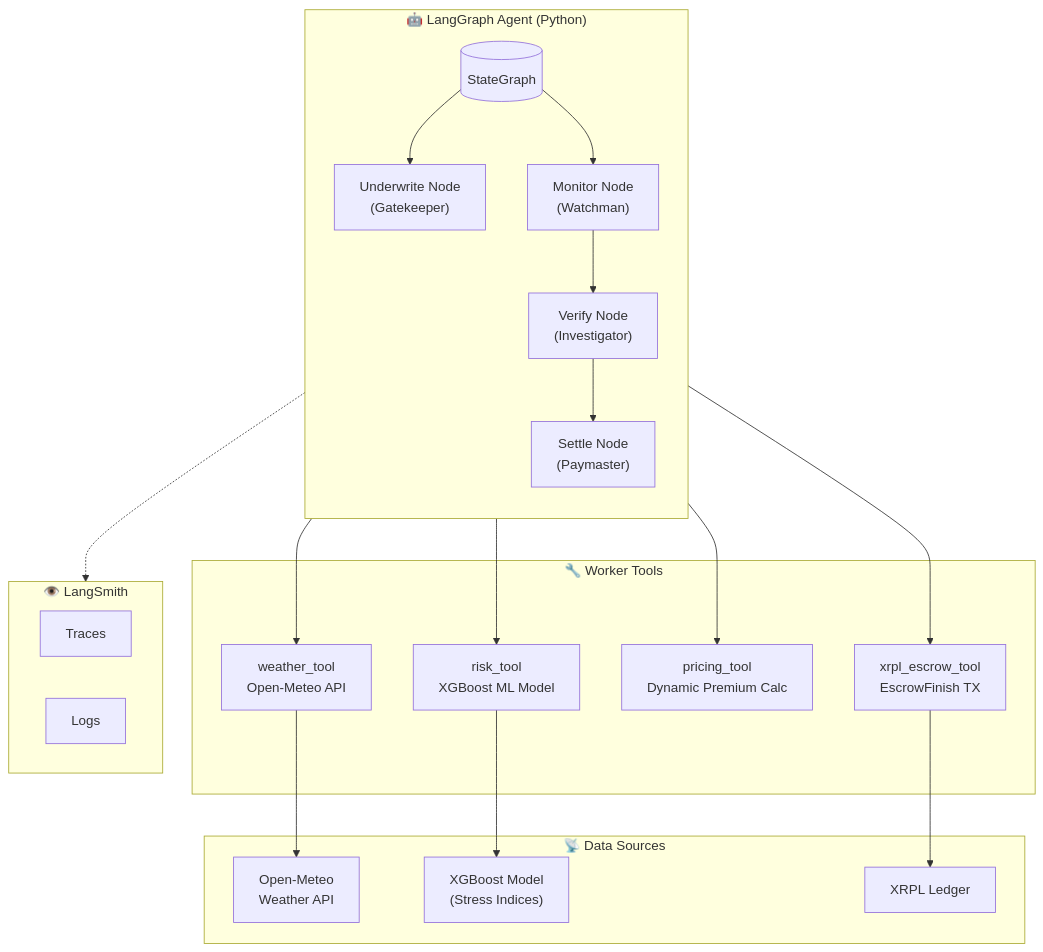
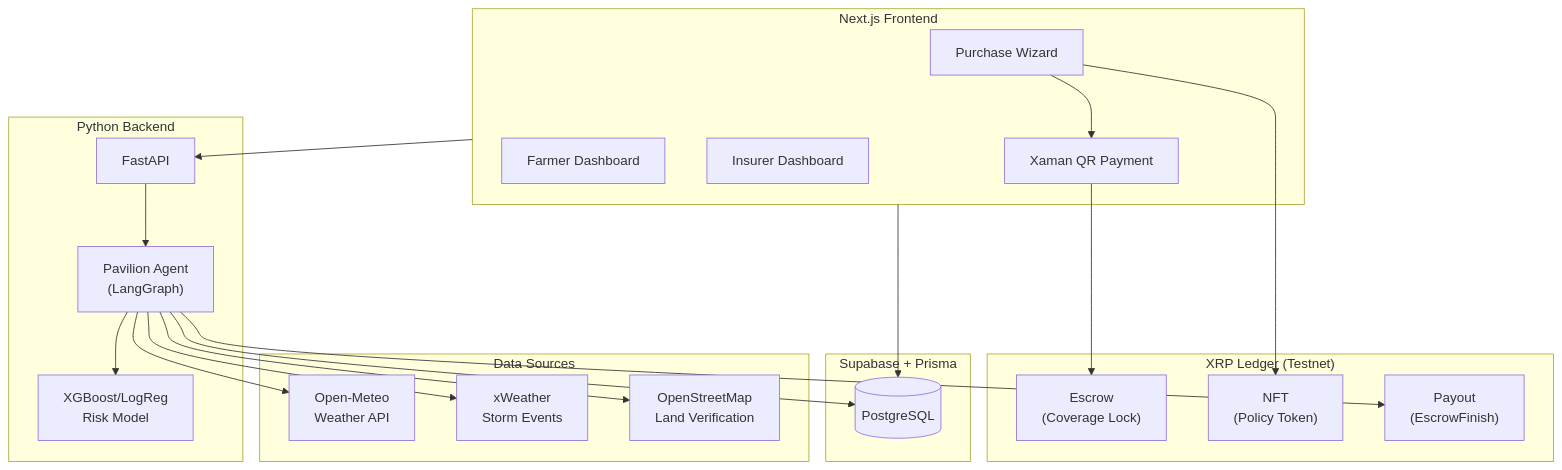
One commit to ianp-1/Canopy changed the second of 3 diagrams in README.md. Above: the diagram before and after it, drawn with Mermaid. The commit also changed other lines of this file, not shown here.

````diff
--- a/README.md
+++ b/README.md
@@ -395,39 +106,43 @@
 ```mermaid
 flowchart TB
-    subgraph Agent["🤖 LangGraph Agent (Python)"]
-        direction TB
-        SM[("StateGraph")]
-        UW["Underwrite Node<br/>(Gatekeeper)"]
-        MN["Monitor Node<br/>(Watchman)"]
-        VF["Verify Node<br/>(Investigator)"]
-        ST["Settle Node<br/>(Paymaster)"]
-        SM --> UW
-        SM --> MN
-        MN --> VF
-        VF --> ST
+    subgraph Frontend["Next.js Frontend"]
+        Wizard["Purchase Wizard"]
+        FDash["Farmer Dashboard"]
+        IDash["Insurer Dashboard"]
+        Xaman["Xaman QR Payment"]
     end
 
-    subgraph Tools["🔧 Worker Tools"]
-        WT["weather_tool<br/>Open-Meteo API"]
-        RT["risk_tool<br/>XGBoost ML Model"]
-        PT["pricing_tool<br/>Dynamic Premium Calc"]
-        XT["xrpl_escrow_tool<br/>EscrowFinish TX"]
+    subgraph Backend["Python Backend"]
+        FastAPI["FastAPI"]
+        Agent["Pavilion Agent<br/>(LangGraph)"]
+        ML["XGBoost/LogReg<br/>Risk Model"]
     end
 
-    subgraph External["📡 Data Sources"]
+    subgraph Data["Data Sources"]
         OM["Open-Meteo<br/>Weather API"]
-        ML["XGBoost Model<br/>(Stress Indices)"]
-        XL["XRPL Ledger"]
+        XW["xWeather<br/>Storm Events"]
+        OSM["OpenStreetMap<br/>Land Verification"]
     end
 
-    UW --> WT --> OM
-    UW --> RT --> ML
-    UW --> PT
-    ST --> XT --> XL
+    subgraph Blockchain["XRP Ledger (Testnet)"]
+        Escrow["Escrow<br/>(Coverage Lock)"]
+        NFT["NFT<br/>(Policy Token)"]
+        Payout["Payout<br/>(EscrowFinish)"]
+    end
 
-    subgraph Observability["👁️ LangSmith"]
-        TR["Traces"]
-        LG["Logs"]
+    subgraph Storage["Supabase + Prisma"]
+        DB[("PostgreSQL")]
     end
-    Agent -.-> Observability
+
+    Wizard --> Xaman --> Escrow
+    Wizard --> NFT
+    FastAPI --> Agent
+    Agent --> ML
+    Agent --> OM
+    Agent --> XW
+    Agent --> OSM
+    Agent --> Payout
+    Frontend --> FastAPI
+    Frontend --> DB
+    Agent --> DB
 ```
````
